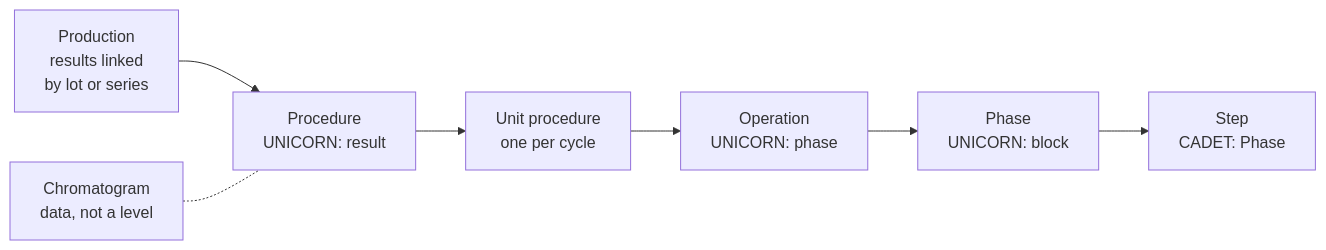
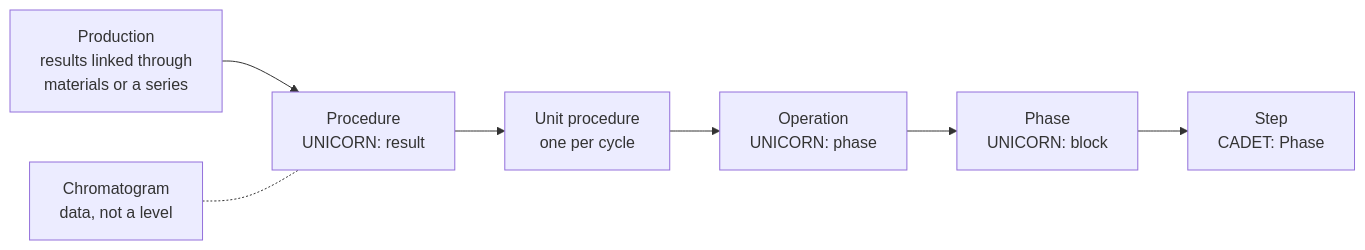
Before and after one commit to traylosj/PyCORN: the second of 8 diagrams in docs/RUN_STRUCTURE_RECORD.md, drawn with Mermaid. The commit also changed other lines of this file and 5 other files, not shown here.

````diff
--- a/docs/RUN_STRUCTURE_RECORD.md
+++ b/docs/RUN_STRUCTURE_RECORD.md
@@ -72,10 +112,10 @@
 ```mermaid
 flowchart LR
-    prod["Production<br/>results linked<br/>by lot or series"] --> proc
+    prod["Production<br/>results linked through<br/>materials or a series"] --> proc
     proc["Procedure<br/>UNICORN: result"] --> up
     up["Unit procedure<br/>one per cycle"] --> op
     op["Operation<br/>UNICORN: phase"] --> ph
     ph["Phase<br/>UNICORN: block"] --> st
     st["Step<br/>CADET: Phase"]
     chrom["Chromatogram<br/>data, not a level"] -.- proc
 ```
````
